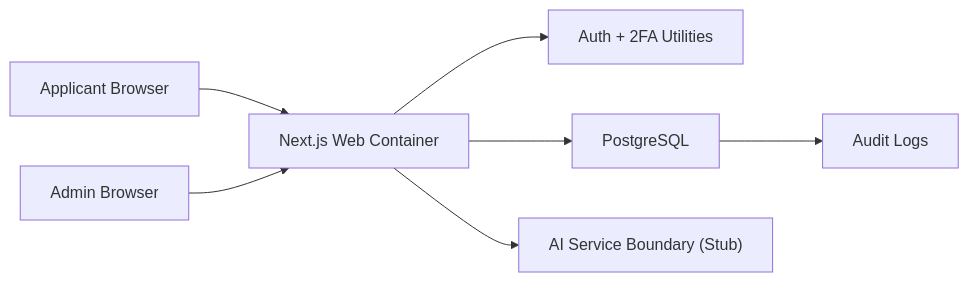
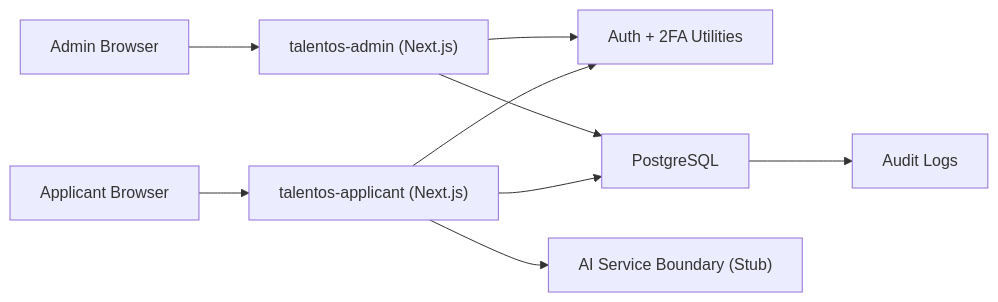
The first of 3 diagrams in docs/Architecture.md (karimjindani/talentOS), drawn with Mermaid before and after one commit. The commit also changed other lines of this file and 70 other files, not shown here.

````diff
--- a/docs/Architecture.md
+++ b/docs/Architecture.md
@@ -33,9 +43,11 @@
 ```mermaid
 flowchart LR
-    Applicant["Applicant Browser"] --> Web["Next.js Web Container"]
-    Admin["Admin Browser"] --> Web
-    Web --> Auth["Auth + 2FA Utilities"]
-    Web --> DB["PostgreSQL"]
-    Web --> AI["AI Service Boundary (Stub)"]
+    Applicant["Applicant Browser"] --> AppWeb["talentos-applicant (Next.js)"]
+    Admin["Admin Browser"] --> AdminWeb["talentos-admin (Next.js)"]
+    AppWeb --> Auth["Auth + 2FA Utilities"]
+    AdminWeb --> Auth
+    AppWeb --> DB["PostgreSQL"]
+    AdminWeb --> DB
+    AppWeb --> AI["AI Service Boundary (Stub)"]
     DB --> Audit["Audit Logs"]
 ```
````
